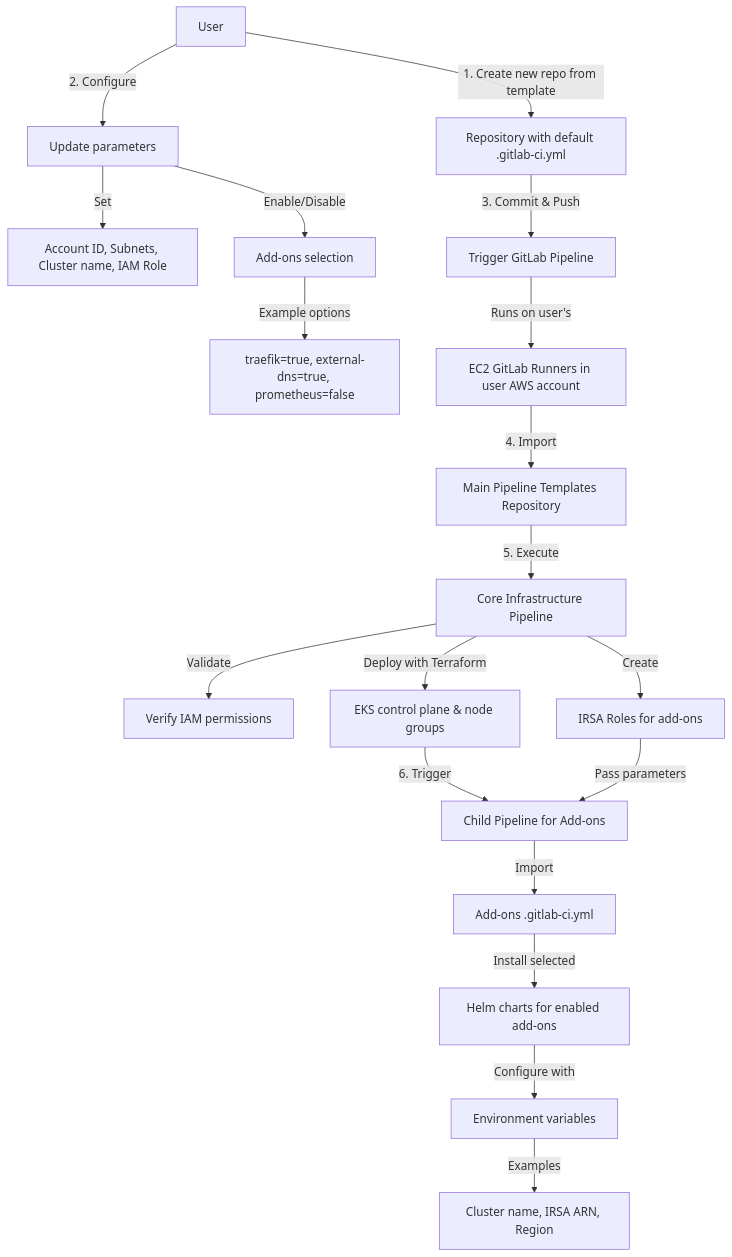
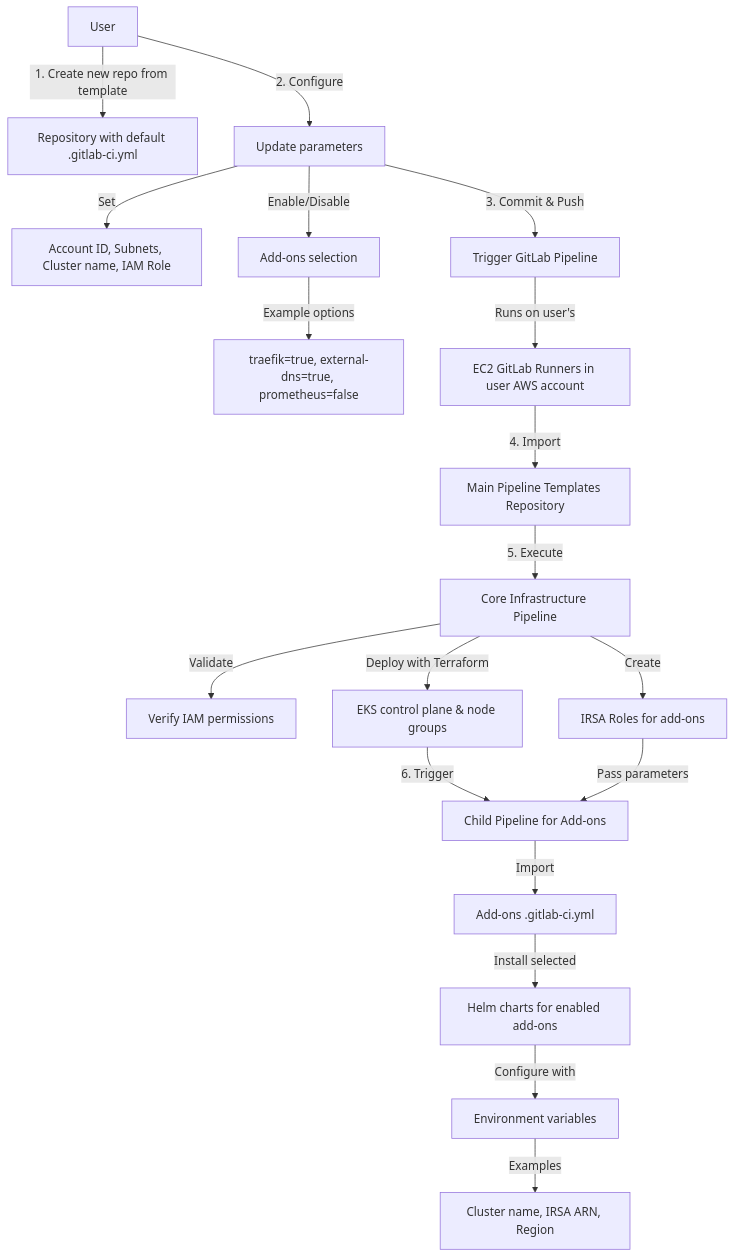
One commit to chiranj/terraform-trial changed the first of 5 diagrams in architecture.md. Above: the diagram before and after it, drawn with Mermaid.

````diff
--- a/architecture.md
+++ b/architecture.md
@@ -21,24 +21,24 @@
 ```mermaid
 flowchart TD
     A[User] -->|1. Create new repo from template| B[Repository with default .gitlab-ci.yml]
     A -->|2. Configure| C[Update parameters]
     C -->|Set| D[Account ID, Subnets, Cluster name, IAM Role]
     C -->|Enable/Disable| E[Add-ons selection]
     E -->|Example options| F[traefik=true, external-dns=true, prometheus=false]
     
-    B -->|3. Commit & Push| G[Trigger GitLab Pipeline]
+    C -->|3. Commit & Push| G[Trigger GitLab Pipeline]
     G -->|Runs on user's| H[EC2 GitLab Runners in user AWS account]
     H -->|4. Import| I[Main Pipeline Templates Repository]
     
     I -->|5. Execute| J[Core Infrastructure Pipeline]
     J -->|Validate| K[Verify IAM permissions]
     J -->|Deploy with Terraform| L[EKS control plane & node groups]
     J -->|Create| M[IRSA Roles for add-ons]
     
     L -->|6. Trigger| N[Child Pipeline for Add-ons]
     M -->|Pass parameters| N
     N -->|Import| O[Add-ons .gitlab-ci.yml]
     O -->|Install selected| P[Helm charts for enabled add-ons]
     P -->|Configure with| Q[Environment variables]
     Q -->|Examples| R[Cluster name, IRSA ARN, Region]
 ```
````
